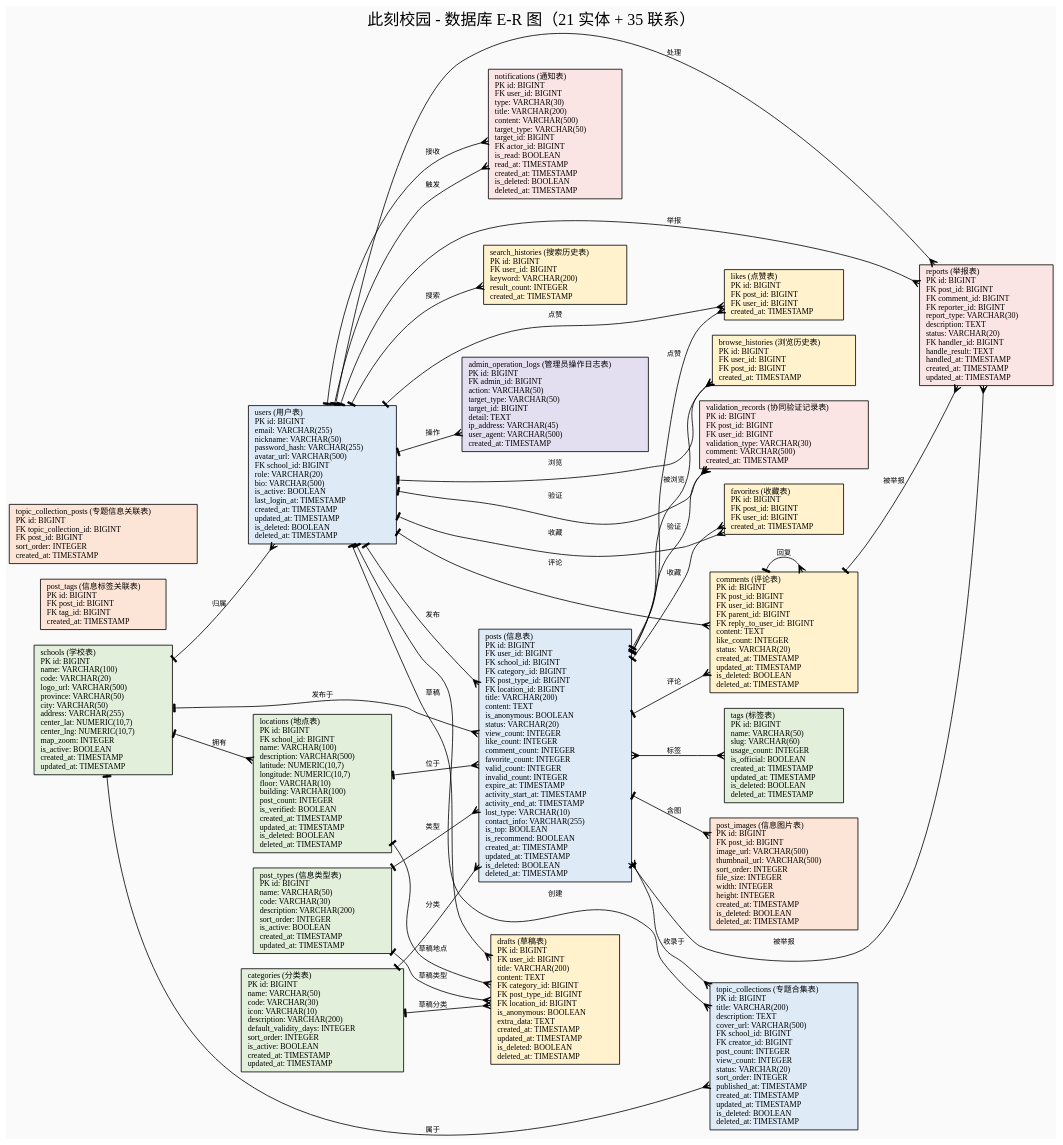
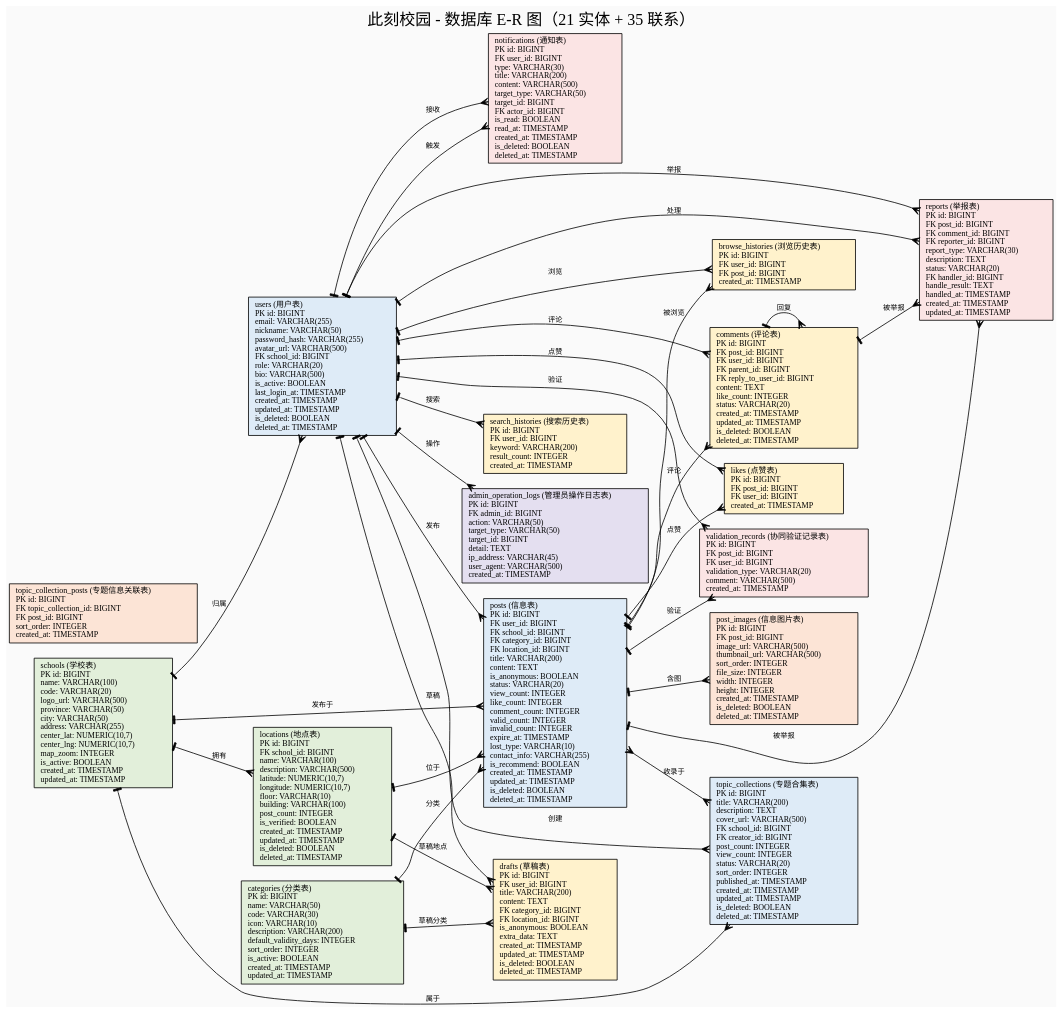
The diagram in docs/design/ER图_源码.dot (ChadBi/moment-campus-opengauss), drawn with Graphviz before and after one commit. The commit also changed 59 other files, not shown here.

```diff
--- a/docs/design/ER图_源码.dot
+++ b/docs/design/ER图_源码.dot
@@ -1,70 +1,61 @@
 digraph ERDiagram {
   rankdir=LR;
   fontname="Microsoft YaHei";
   fontsize=20;
   label="此刻校园 - 数据库 E-R 图（21 实体 + 35 联系）";
   labelloc="t";
   bgcolor="#FAFAFA";
   node [fontname="Consolas", fontsize=10];
   edge [fontname="Microsoft YaHei", fontsize=9];
 
   // ===== 实体节点定义 =====
   schools [shape=record, style=filled, fillcolor="#E2EFDA", label="{schools (学校表)\l    PK id: BIGINT\l    name: VARCHAR(100)\l    code: VARCHAR(20)\l    logo_url: VARCHAR(500)\l    province: VARCHAR(50)\l    city: VARCHAR(50)\l    address: VARCHAR(255)\l    center_lat: NUMERIC(10,7)\l    center_lng: NUMERIC(10,7)\l    map_zoom: INTEGER\l    is_active: BOOLEAN\l    created_at: TIMESTAMP\l    updated_at: TIMESTAMP\l}"];
   users [shape=record, style=filled, fillcolor="#DEEBF7", label="{users (用户表)\l    PK id: BIGINT\l    email: VARCHAR(255)\l    nickname: VARCHAR(50)\l    password_hash: VARCHAR(255)\l    avatar_url: VARCHAR(500)\l    FK school_id: BIGINT\l    role: VARCHAR(20)\l    bio: VARCHAR(500)\l    is_active: BOOLEAN\l    last_login_at: TIMESTAMP\l    created_at: TIMESTAMP\l    updated_at: TIMESTAMP\l    is_deleted: BOOLEAN\l    deleted_at: TIMESTAMP\l}"];
   categories [shape=record, style=filled, fillcolor="#E2EFDA", label="{categories (分类表)\l    PK id: BIGINT\l    name: VARCHAR(50)\l    code: VARCHAR(30)\l    icon: VARCHAR(10)\l    description: VARCHAR(200)\l    default_validity_days: INTEGER\l    sort_order: INTEGER\l    is_active: BOOLEAN\l    created_at: TIMESTAMP\l    updated_at: TIMESTAMP\l}"];
-  post_types [shape=record, style=filled, fillcolor="#E2EFDA", label="{post_types (信息类型表)\l    PK id: BIGINT\l    name: VARCHAR(50)\l    code: VARCHAR(30)\l    description: VARCHAR(200)\l    sort_order: INTEGER\l    is_active: BOOLEAN\l    created_at: TIMESTAMP\l    updated_at: TIMESTAMP\l}"];
-  tags [shape=record, style=filled, fillcolor="#E2EFDA", label="{tags (标签表)\l    PK id: BIGINT\l    name: VARCHAR(50)\l    slug: VARCHAR(60)\l    usage_count: INTEGER\l    is_official: BOOLEAN\l    created_at: TIMESTAMP\l    updated_at: TIMESTAMP\l    is_deleted: BOOLEAN\l    deleted_at: TIMESTAMP\l}"];
   locations [shape=record, style=filled, fillcolor="#E2EFDA", label="{locations (地点表)\l    PK id: BIGINT\l    FK school_id: BIGINT\l    name: VARCHAR(100)\l    description: VARCHAR(500)\l    latitude: NUMERIC(10,7)\l    longitude: NUMERIC(10,7)\l    floor: VARCHAR(10)\l    building: VARCHAR(100)\l    post_count: INTEGER\l    is_verified: BOOLEAN\l    created_at: TIMESTAMP\l    updated_at: TIMESTAMP\l    is_deleted: BOOLEAN\l    deleted_at: TIMESTAMP\l}"];
-  posts [shape=record, style=filled, fillcolor="#DEEBF7", label="{posts (信息表)\l    PK id: BIGINT\l    FK user_id: BIGINT\l    FK school_id: BIGINT\l    FK category_id: BIGINT\l    FK post_type_id: BIGINT\l    FK location_id: BIGINT\l    title: VARCHAR(200)\l    content: TEXT\l    is_anonymous: BOOLEAN\l    status: VARCHAR(20)\l    view_count: INTEGER\l    like_count: INTEGER\l    comment_count: INTEGER\l    favorite_count: INTEGER\l    valid_count: INTEGER\l    invalid_count: INTEGER\l    expire_at: TIMESTAMP\l    activity_start_at: TIMESTAMP\l    activity_end_at: TIMESTAMP\l    lost_type: VARCHAR(10)\l    contact_info: VARCHAR(255)\l    is_top: BOOLEAN\l    is_recommend: BOOLEAN\l    created_at: TIMESTAMP\l    updated_at: TIMESTAMP\l    is_deleted: BOOLEAN\l    deleted_at: TIMESTAMP\l}"];
-  post_tags [shape=record, style=filled, fillcolor="#FCE4D6", label="{post_tags (信息标签关联表)\l    PK id: BIGINT\l    FK post_id: BIGINT\l    FK tag_id: BIGINT\l    created_at: TIMESTAMP\l}"];
+  posts [shape=record, style=filled, fillcolor="#DEEBF7", label="{posts (信息表)\l    PK id: BIGINT\l    FK user_id: BIGINT\l    FK school_id: BIGINT\l    FK category_id: BIGINT\l    FK location_id: BIGINT\l    title: VARCHAR(200)\l    content: TEXT\l    is_anonymous: BOOLEAN\l    status: VARCHAR(20)\l    view_count: INTEGER\l    like_count: INTEGER\l    comment_count: INTEGER\l    valid_count: INTEGER\l    invalid_count: INTEGER\l    expire_at: TIMESTAMP\l    lost_type: VARCHAR(10)\l    contact_info: VARCHAR(255)\l    is_recommend: BOOLEAN\l    created_at: TIMESTAMP\l    updated_at: TIMESTAMP\l    is_deleted: BOOLEAN\l    deleted_at: TIMESTAMP\l}"];
   post_images [shape=record, style=filled, fillcolor="#FCE4D6", label="{post_images (信息图片表)\l    PK id: BIGINT\l    FK post_id: BIGINT\l    image_url: VARCHAR(500)\l    thumbnail_url: VARCHAR(500)\l    sort_order: INTEGER\l    file_size: INTEGER\l    width: INTEGER\l    height: INTEGER\l    created_at: TIMESTAMP\l    is_deleted: BOOLEAN\l    deleted_at: TIMESTAMP\l}"];
   comments [shape=record, style=filled, fillcolor="#FFF2CC", label="{comments (评论表)\l    PK id: BIGINT\l    FK post_id: BIGINT\l    FK user_id: BIGINT\l    FK parent_id: BIGINT\l    FK reply_to_user_id: BIGINT\l    content: TEXT\l    like_count: INTEGER\l    status: VARCHAR(20)\l    created_at: TIMESTAMP\l    updated_at: TIMESTAMP\l    is_deleted: BOOLEAN\l    deleted_at: TIMESTAMP\l}"];
   likes [shape=record, style=filled, fillcolor="#FFF2CC", label="{likes (点赞表)\l    PK id: BIGINT\l    FK post_id: BIGINT\l    FK user_id: BIGINT\l    created_at: TIMESTAMP\l}"];
-  favorites [shape=record, style=filled, fillcolor="#FFF2CC", label="{favorites (收藏表)\l    PK id: BIGINT\l    FK post_id: BIGINT\l    FK user_id: BIGINT\l    created_at: TIMESTAMP\l}"];
-  validation_records [shape=record, style=filled, fillcolor="#FBE4E4", label="{validation_records (协同验证记录表)\l    PK id: BIGINT\l    FK post_id: BIGINT\l    FK user_id: BIGINT\l    validation_type: VARCHAR(30)\l    comment: VARCHAR(500)\l    created_at: TIMESTAMP\l}"];
+  validation_records [shape=record, style=filled, fillcolor="#FBE4E4", label="{validation_records (协同验证记录表)\l    PK id: BIGINT\l    FK post_id: BIGINT\l    FK user_id: BIGINT\l    validation_type: VARCHAR(20)\l    comment: VARCHAR(500)\l    created_at: TIMESTAMP\l}"];
   reports [shape=record, style=filled, fillcolor="#FBE4E4", label="{reports (举报表)\l    PK id: BIGINT\l    FK post_id: BIGINT\l    FK comment_id: BIGINT\l    FK reporter_id: BIGINT\l    report_type: VARCHAR(30)\l    description: TEXT\l    status: VARCHAR(20)\l    FK handler_id: BIGINT\l    handle_result: TEXT\l    handled_at: TIMESTAMP\l    created_at: TIMESTAMP\l    updated_at: TIMESTAMP\l}"];
   notifications [shape=record, style=filled, fillcolor="#FBE4E4", label="{notifications (通知表)\l    PK id: BIGINT\l    FK user_id: BIGINT\l    type: VARCHAR(30)\l    title: VARCHAR(200)\l    content: VARCHAR(500)\l    target_type: VARCHAR(50)\l    target_id: BIGINT\l    FK actor_id: BIGINT\l    is_read: BOOLEAN\l    read_at: TIMESTAMP\l    created_at: TIMESTAMP\l    is_deleted: BOOLEAN\l    deleted_at: TIMESTAMP\l}"];
   topic_collections [shape=record, style=filled, fillcolor="#DEEBF7", label="{topic_collections (专题合集表)\l    PK id: BIGINT\l    title: VARCHAR(200)\l    description: TEXT\l    cover_url: VARCHAR(500)\l    FK school_id: BIGINT\l    FK creator_id: BIGINT\l    post_count: INTEGER\l    view_count: INTEGER\l    status: VARCHAR(20)\l    sort_order: INTEGER\l    published_at: TIMESTAMP\l    created_at: TIMESTAMP\l    updated_at: TIMESTAMP\l    is_deleted: BOOLEAN\l    deleted_at: TIMESTAMP\l}"];
   topic_collection_posts [shape=record, style=filled, fillcolor="#FCE4D6", label="{topic_collection_posts (专题信息关联表)\l    PK id: BIGINT\l    FK topic_collection_id: BIGINT\l    FK post_id: BIGINT\l    sort_order: INTEGER\l    created_at: TIMESTAMP\l}"];
-  drafts [shape=record, style=filled, fillcolor="#FFF2CC", label="{drafts (草稿表)\l    PK id: BIGINT\l    FK user_id: BIGINT\l    title: VARCHAR(200)\l    content: TEXT\l    FK category_id: BIGINT\l    FK post_type_id: BIGINT\l    FK location_id: BIGINT\l    is_anonymous: BOOLEAN\l    extra_data: TEXT\l    created_at: TIMESTAMP\l    updated_at: TIMESTAMP\l    is_deleted: BOOLEAN\l    deleted_at: TIMESTAMP\l}"];
+  drafts [shape=record, style=filled, fillcolor="#FFF2CC", label="{drafts (草稿表)\l    PK id: BIGINT\l    FK user_id: BIGINT\l    title: VARCHAR(200)\l    content: TEXT\l    FK category_id: BIGINT\l    FK location_id: BIGINT\l    is_anonymous: BOOLEAN\l    extra_data: TEXT\l    created_at: TIMESTAMP\l    updated_at: TIMESTAMP\l    is_deleted: BOOLEAN\l    deleted_at: TIMESTAMP\l}"];
   browse_histories [shape=record, style=filled, fillcolor="#FFF2CC", label="{browse_histories (浏览历史表)\l    PK id: BIGINT\l    FK user_id: BIGINT\l    FK post_id: BIGINT\l    created_at: TIMESTAMP\l}"];
   search_histories [shape=record, style=filled, fillcolor="#FFF2CC", label="{search_histories (搜索历史表)\l    PK id: BIGINT\l    FK user_id: BIGINT\l    keyword: VARCHAR(200)\l    result_count: INTEGER\l    created_at: TIMESTAMP\l}"];
   admin_operation_logs [shape=record, style=filled, fillcolor="#E4DFF0", label="{admin_operation_logs (管理员操作日志表)\l    PK id: BIGINT\l    FK admin_id: BIGINT\l    action: VARCHAR(50)\l    target_type: VARCHAR(50)\l    target_id: BIGINT\l    detail: TEXT\l    ip_address: VARCHAR(45)\l    user_agent: VARCHAR(500)\l    created_at: TIMESTAMP\l}"];
 
   // ===== 关系定义 =====
   schools -> users [arrowtail=tee, arrowhead=crow, dir=both, label="归属"];
   schools -> posts [arrowtail=tee, arrowhead=crow, dir=both, label="发布于"];
   schools -> locations [arrowtail=tee, arrowhead=crow, dir=both, label="拥有"];
   schools -> topic_collections [arrowtail=tee, arrowhead=crow, dir=both, label="属于"];
   users -> posts [arrowtail=tee, arrowhead=crow, dir=both, label="发布"];
   categories -> posts [arrowtail=tee, arrowhead=crow, dir=both, label="分类"];
-  post_types -> posts [arrowtail=tee, arrowhead=crow, dir=both, label="类型"];
   locations -> posts [arrowtail=tee, arrowhead=crow, dir=both, label="位于"];
   posts -> post_images [arrowtail=tee, arrowhead=crow, dir=both, label="含图"];
-  posts -> tags [arrowtail=crow, arrowhead=crow, dir=both, label="标签"];
   posts -> comments [arrowtail=tee, arrowhead=crow, dir=both, label="评论"];
   posts -> likes [arrowtail=tee, arrowhead=crow, dir=both, label="点赞"];
-  posts -> favorites [arrowtail=tee, arrowhead=crow, dir=both, label="收藏"];
   posts -> validation_records [arrowtail=tee, arrowhead=crow, dir=both, label="验证"];
   posts -> reports [arrowtail=tee, arrowhead=crow, dir=both, label="被举报"];
   posts -> browse_histories [arrowtail=tee, arrowhead=crow, dir=both, label="被浏览"];
   posts -> topic_collections [arrowtail=crow, arrowhead=crow, dir=both, label="收录于"];
   users -> comments [arrowtail=tee, arrowhead=crow, dir=both, label="评论"];
   users -> likes [arrowtail=tee, arrowhead=crow, dir=both, label="点赞"];
-  users -> favorites [arrowtail=tee, arrowhead=crow, dir=both, label="收藏"];
   users -> validation_records [arrowtail=tee, arrowhead=crow, dir=both, label="验证"];
   users -> reports [arrowtail=tee, arrowhead=crow, dir=both, label="举报"];
   users -> reports [arrowtail=tee, arrowhead=crow, dir=both, label="处理"];
   users -> notifications [arrowtail=tee, arrowhead=crow, dir=both, label="接收"];
   users -> notifications [arrowtail=tee, arrowhead=crow, dir=both, label="触发"];
   users -> drafts [arrowtail=tee, arrowhead=crow, dir=both, label="草稿"];
   users -> browse_histories [arrowtail=tee, arrowhead=crow, dir=both, label="浏览"];
   users -> search_histories [arrowtail=tee, arrowhead=crow, dir=both, label="搜索"];
   users -> admin_operation_logs [arrowtail=tee, arrowhead=crow, dir=both, label="操作"];
   users -> topic_collections [arrowtail=tee, arrowhead=crow, dir=both, label="创建"];
   comments -> comments [arrowtail=tee, arrowhead=crow, dir=both, label="回复"];
   comments -> reports [arrowtail=tee, arrowhead=crow, dir=both, label="被举报"];
   categories -> drafts [arrowtail=tee, arrowhead=crow, dir=both, label="草稿分类"];
-  post_types -> drafts [arrowtail=tee, arrowhead=crow, dir=both, label="草稿类型"];
   locations -> drafts [arrowtail=tee, arrowhead=crow, dir=both, label="草稿地点"];
 }
```
